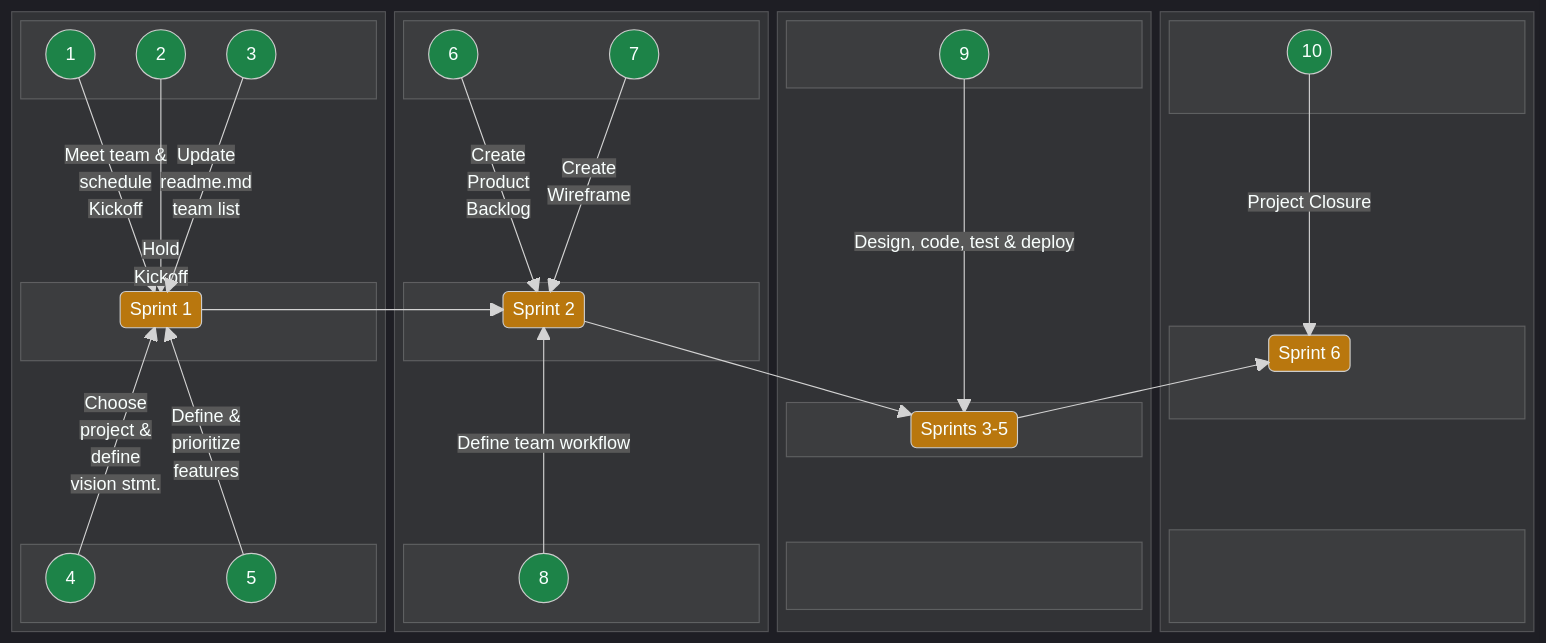
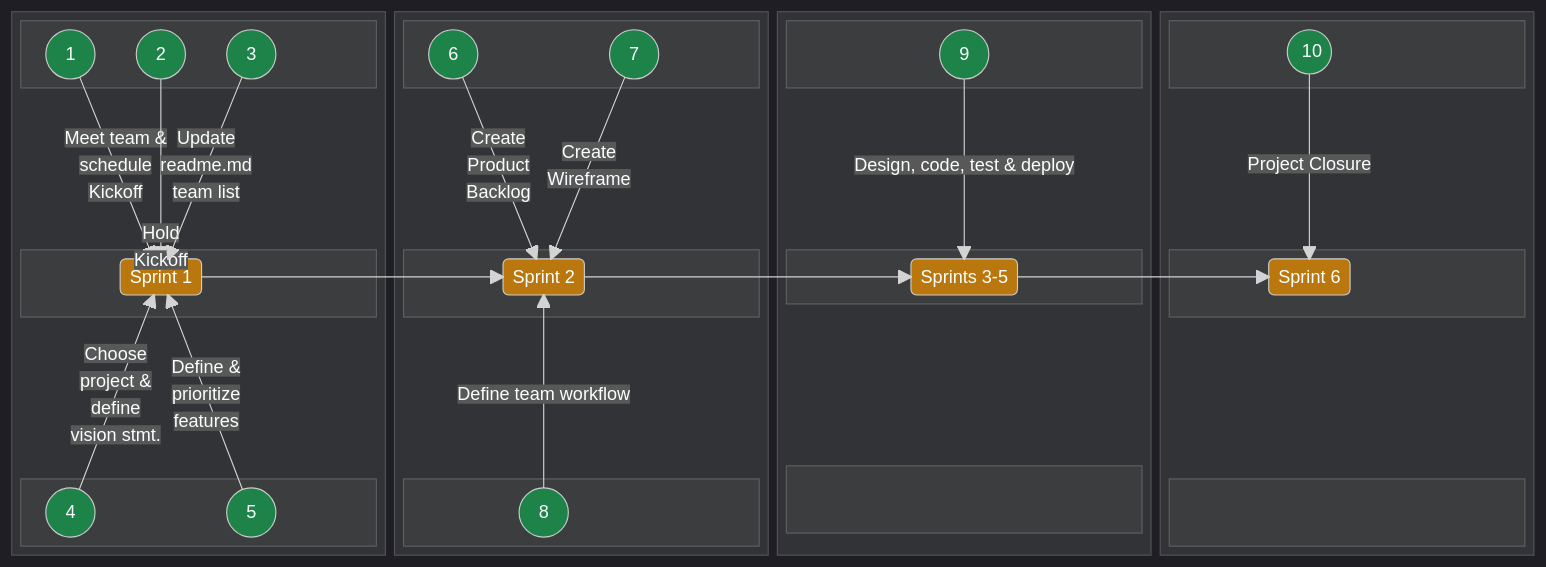
Before and after one commit to jdmedlock/mermaid_testing: the second of 2 diagrams in README.md, drawn with Mermaid. The commit also changed other lines of this file, not shown here.

Commit message:
Feature: Experiment with horizontal block diagram layout

```diff
--- a/README.md
+++ b/README.md
@@ -169,14 +169,13 @@
       end
       space
       space
-      space
-      space
       block:B3CENTER
         columns 3
         space
         SPRINTS35("&nbsp;Sprints 3-5&nbsp;")
         space
       end
+      space
       space
       block:B3BOTTOM
         columns 1
@@ -201,6 +200,7 @@
         SPRINT6("&nbsp;Sprint 6&nbsp;")
         space
       end
+      space
       space
       block:B4BOTTOM
         columns 1
```
